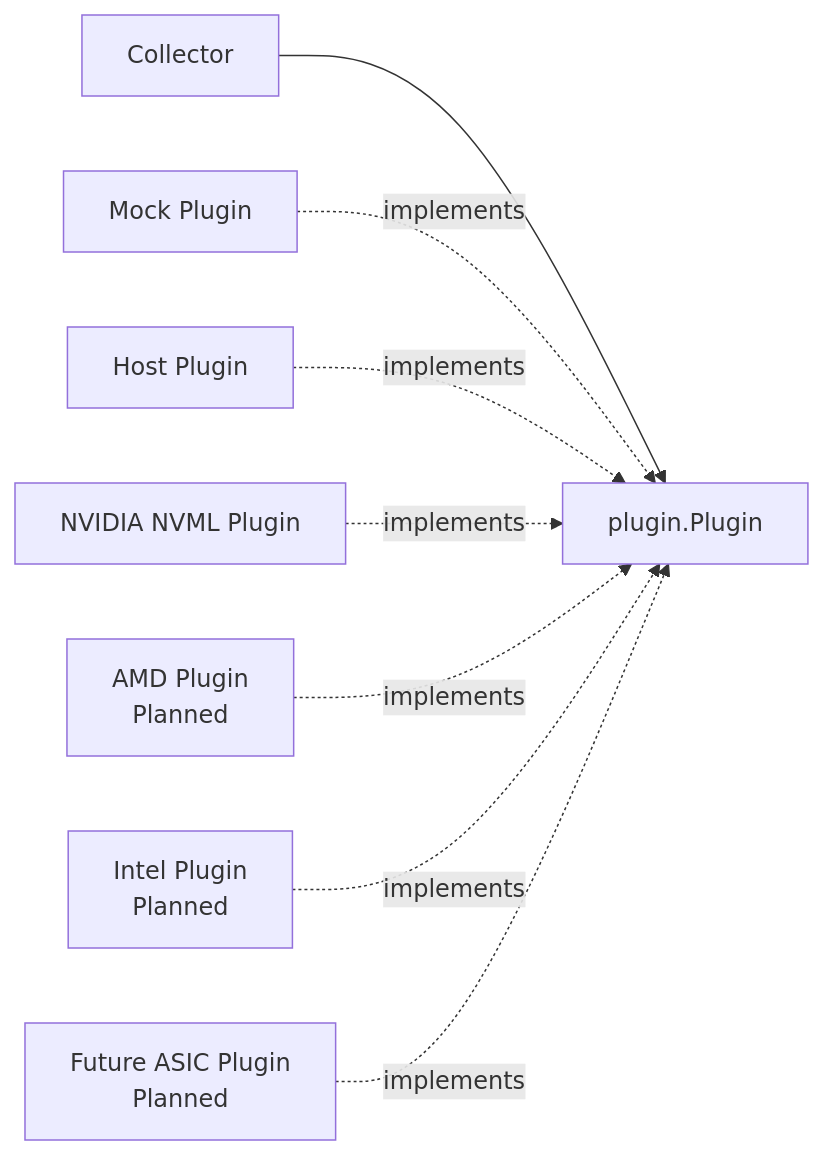
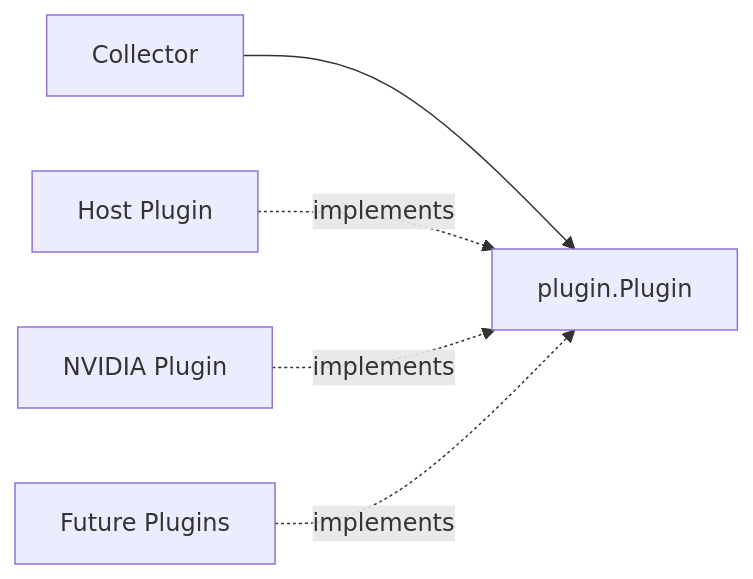
One commit to hdimmfh/xpu-monitor-agent changed the first of 2 diagrams in docs/01-plugin-api.md. Above: the diagram before and after it, drawn with Mermaid. The commit also changed other lines of this file, not shown here.

````diff
--- a/docs/01-plugin-api.md
+++ b/docs/01-plugin-api.md
@@ -11,12 +20,8 @@
 ```mermaid
 flowchart LR
     Collector["Collector"] --> Plugin["plugin.Plugin"]
 
-    Mock["Mock Plugin"] -.implements.-> Plugin
     Host["Host Plugin"] -.implements.-> Plugin
-    NVIDIA["NVIDIA NVML Plugin"] -.implements.-> Plugin
-
-    AMD["AMD Plugin<br/>Planned"] -.implements.-> Plugin
-    Intel["Intel Plugin<br/>Planned"] -.implements.-> Plugin
-    Future["Future ASIC Plugin<br/>Planned"] -.implements.-> Plugin
+    NVIDIA["NVIDIA Plugin"] -.implements.-> Plugin
+    Future["Future Plugins"] -.implements.-> Plugin
 ```
````
